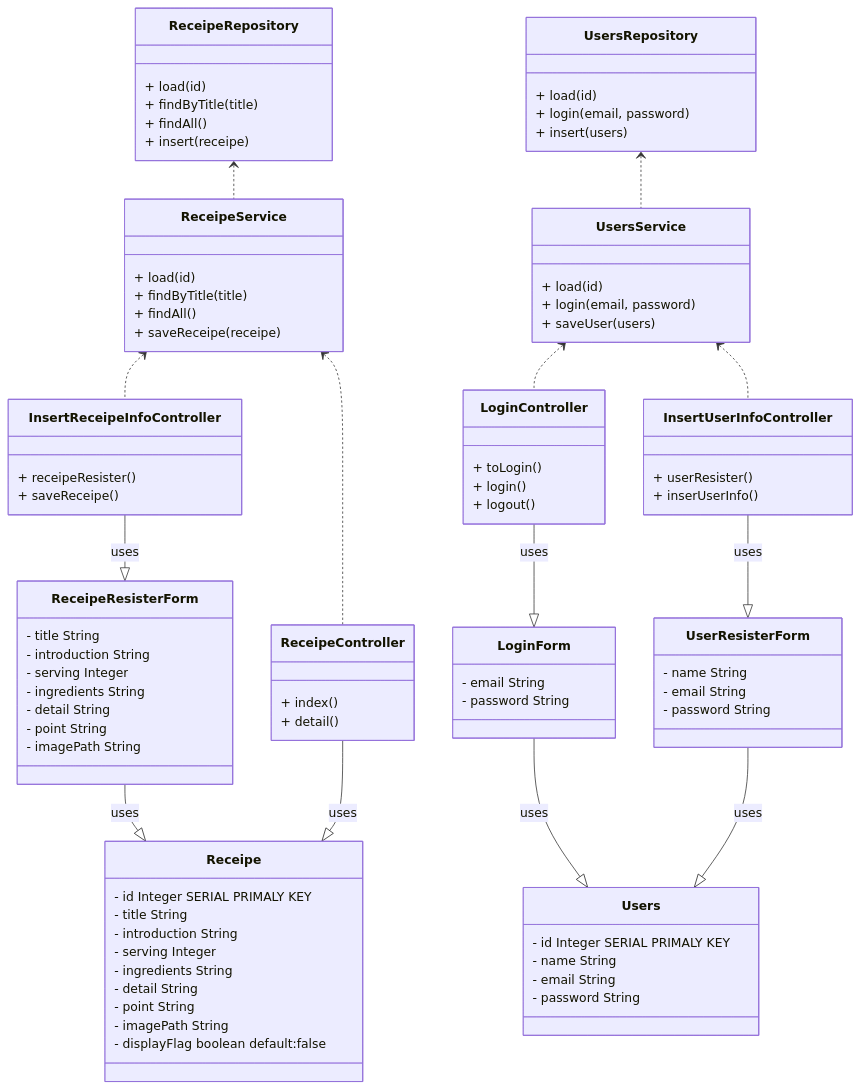
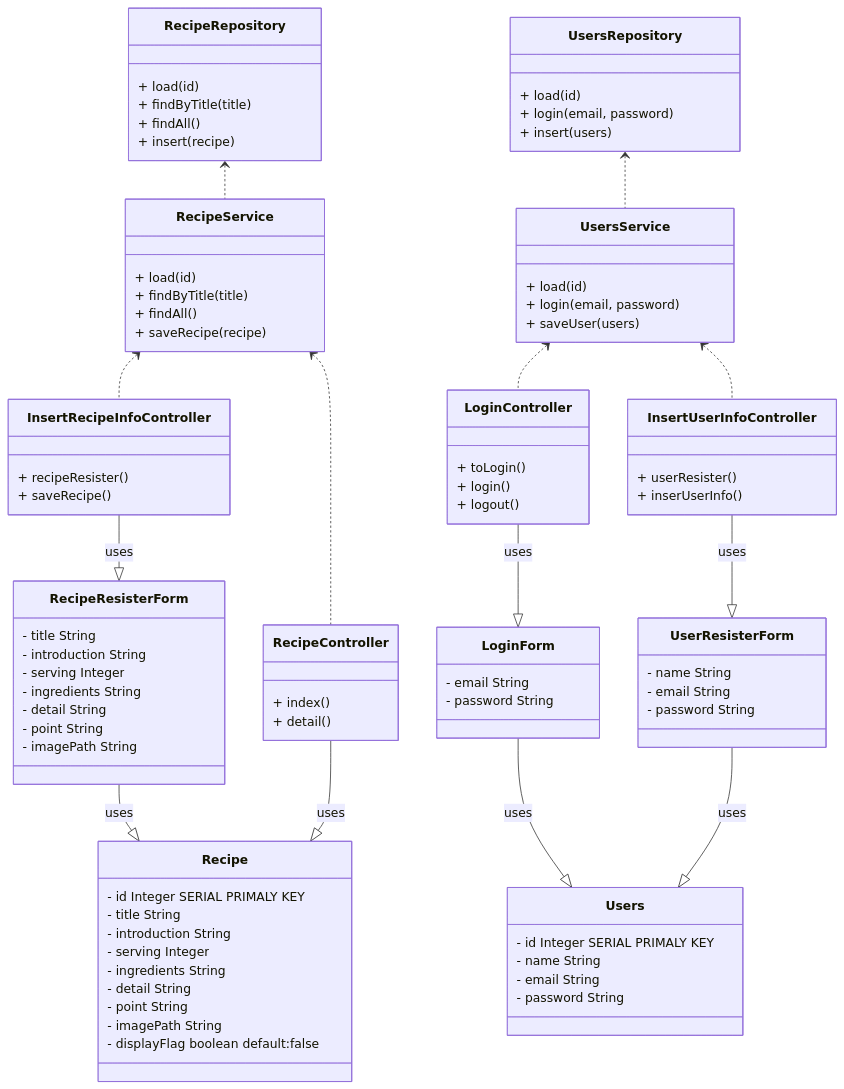
One commit to mykkr1122/recipe-site changed the diagram in docs/class.md. Above: the diagram before and after it, drawn with Mermaid. The commit also changed 87 other files, not shown here.

````diff
--- a/docs/class.md
+++ b/docs/class.md
@@ -1,7 +1,7 @@
 ```mermaid
 classDiagram
 
-    class Receipe {
+    class Recipe {
         - id Integer SERIAL PRIMALY KEY
         - title String
         - introduction String
@@ -20,11 +20,11 @@
         - password String
     }
 
-    class ReceipeRepository {
+    class RecipeRepository {
         + load(id)
         + findByTitle(title)
         + findAll()
-        + insert(receipe)
+        + insert(recipe)
     }
 
     class UsersRepository {
@@ -33,11 +33,11 @@
         + insert(users)
     }
 
-    class ReceipeService {
+    class RecipeService {
         + load(id)
         + findByTitle(title)
         + findAll()
-        + saveReceipe(receipe)
+        + saveRecipe(recipe)
     }
 
     class UsersService {
@@ -57,7 +57,7 @@
         - password String
     }
 
-    class ReceipeResisterForm {
+    class RecipeResisterForm {
         - title String
         - introduction String
         - serving Integer
@@ -78,14 +78,14 @@
         + inserUserInfo()
     }
 
-    class ReceipeController {
+    class RecipeController {
         + index()
         + detail()
     }
 
-    class InsertReceipeInfoController {
-        + receipeResister()
-        + saveReceipe()
+    class InsertRecipeInfoController {
+        + recipeResister()
+        + saveRecipe()
     }
 
     LoginForm --|> Users : uses
@@ -94,10 +94,10 @@
     UserResisterForm --|> Users :uses
     InsertUserInfoController --|> UserResisterForm :uses
 
-    ReceipeResisterForm --|> Receipe : uses
-    InsertReceipeInfoController --|> ReceipeResisterForm : uses
+    RecipeResisterForm --|> Recipe : uses
+    InsertRecipeInfoController --|> RecipeResisterForm : uses
 
-    ReceipeController --|> Receipe : uses
+    RecipeController --|> Recipe : uses
 
 
     UsersRepository <.. UsersService 
@@ -105,10 +105,10 @@
     UsersService <.. LoginController 
     UsersService<.. InsertUserInfoController
 
-    ReceipeRepository <.. ReceipeService
+    RecipeRepository <.. RecipeService
 
-    ReceipeService <.. ReceipeController
-    ReceipeService <.. InsertReceipeInfoController
+    RecipeService <.. RecipeController
+    RecipeService <.. InsertRecipeInfoController
 
 
 ```
````
